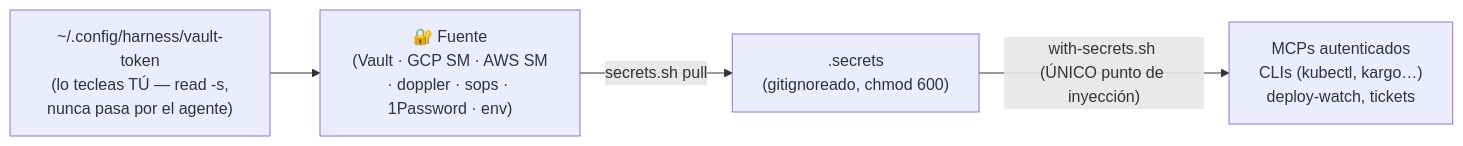
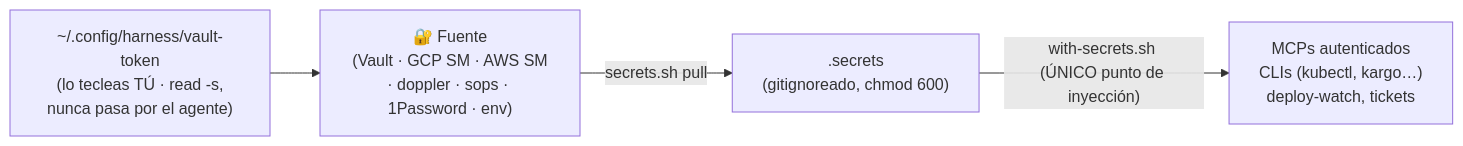
The seventh of 7 diagrams in README.md (andresgarcia29/harness-creator), drawn with Mermaid before and after one commit. The commit also changed other lines of this file and 1 other file, not shown here.

````diff
--- a/README.md
+++ b/README.md
@@ -649,6 +717,6 @@
 ```mermaid
 flowchart LR
     V["🔐 Fuente<br/>(Vault · GCP SM · AWS SM<br/>· doppler · sops · 1Password · env)"] -->|"secrets.sh pull"| S[".secrets<br/>(gitignoreado, chmod 600)"]
-    T["~/.config/harness/vault-token<br/>(lo tecleas TÚ — read -s,<br/>nunca pasa por el agente)"] --> V
+    T["~/.config/harness/vault-token<br/>(lo tecleas TÚ · read -s,<br/>nunca pasa por el agente)"] --> V
     S -->|"with-secrets.sh <cmd><br/>(ÚNICO punto de inyección)"| U["MCPs autenticados<br/>CLIs (kubectl, kargo…)<br/>deploy-watch, tickets"]
 ```
````
